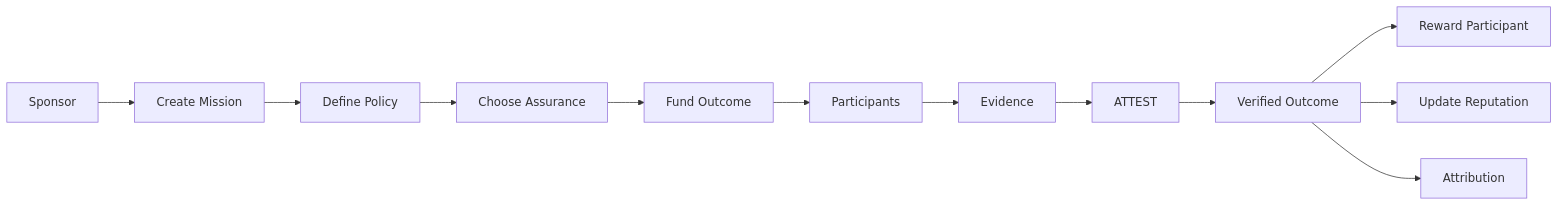
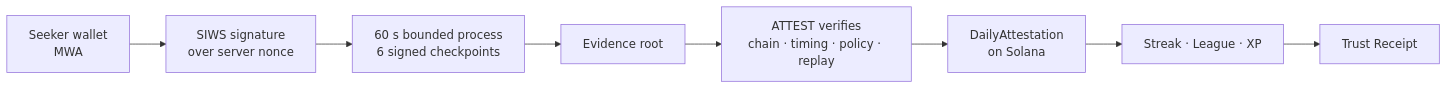
One commit to Aaditya1273/Mewtwo changed the first of 2 diagrams in README.md. Above: the diagram before and after it, drawn with Mermaid. The commit also changed other lines of this file and 14 other files, not shown here.

Commit message:
docs: rewrite README and add architecture, trust, evidence, security, policy and integration docs

````diff
--- a/README.md
+++ b/README.md
@@ -902,25 +41,10 @@
 ```mermaid
 flowchart LR
-
-    S[Sponsor] --> M[Create Mission]
-
-    M --> P[Define Policy]
-
-    P --> A[Choose Assurance]
-
-    A --> F[Fund Outcome]
-
-    F --> U[Participants]
-
-    U --> E[Evidence]
-
-    E --> V[ATTEST]
-
-    V --> O[Verified Outcome]
-
-    O --> R[Reward Participant]
-
-    O --> REP[Update Reputation]
-
-    O --> D[Attribution]
+    A[Seeker wallet<br/>MWA] --> B[SIWS signature<br/>over server nonce]
+    B --> C[60 s bounded process<br/>6 signed checkpoints]
+    C --> D[Evidence root]
+    D --> E[ATTEST verifies<br/>chain · timing · policy · replay]
+    E --> F[DailyAttestation<br/>on Solana]
+    F --> G[Streak · League · XP]
+    G --> H[Trust Receipt]
 ```
````
